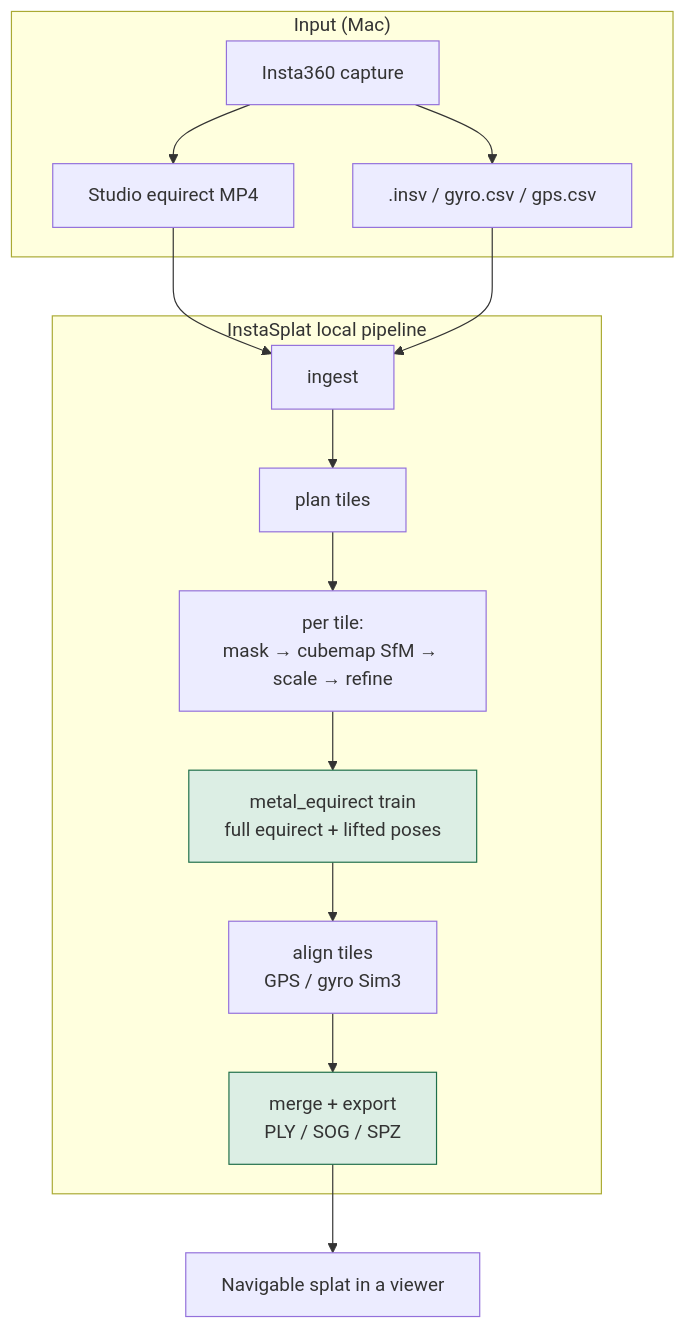
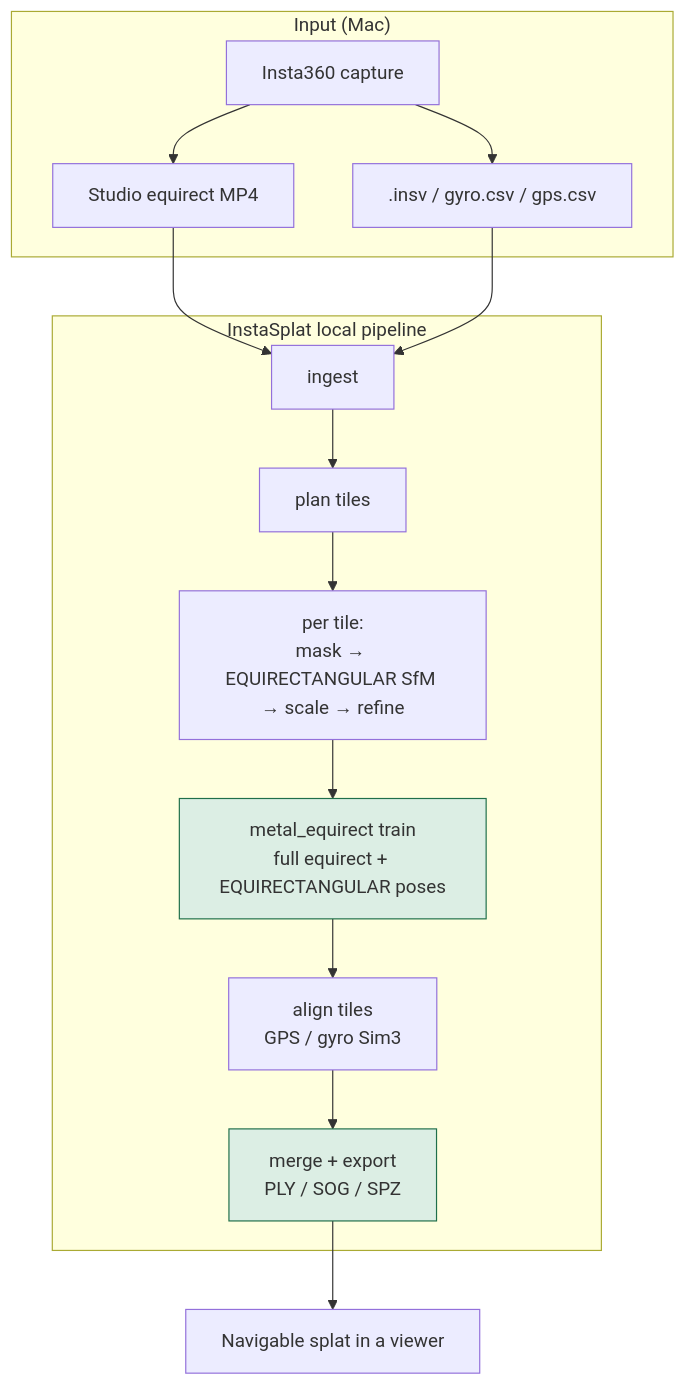
The diagram in docs/MAC_360_PIPELINE.md (Browens5/InstaSplat), drawn with Mermaid before and after one commit. The commit also changed other lines of this file and 23 other files, not shown here.

````diff
--- a/docs/MAC_360_PIPELINE.md
+++ b/docs/MAC_360_PIPELINE.md
@@ -63,22 +63,22 @@
 ```mermaid
 flowchart TB
   subgraph input ["Input (Mac)"]
     A["Insta360 capture"] --> B["Studio equirect MP4"]
     A --> C[".insv / gyro.csv / gps.csv"]
   end
 
   subgraph pipeline ["InstaSplat local pipeline"]
     B --> D["ingest"]
     C --> D
     D --> E["plan tiles"]
-    E --> F["per tile:\nmask → cubemap SfM → scale → refine"]
-    F --> G["metal_equirect train\nfull equirect + lifted poses"]
+    E --> F["per tile:\nmask → EQUIRECTANGULAR SfM → scale → refine"]
+    F --> G["metal_equirect train\nfull equirect + EQUIRECTANGULAR poses"]
     G --> H["align tiles\nGPS / gyro Sim3"]
     H --> I["merge + export\nPLY / SOG / SPZ"]
   end
 
   I --> J["Navigable splat in a viewer"]
 
   style G fill:#dceee4,stroke:#1f6f4a
   style I fill:#dceee4,stroke:#1f6f4a
 ```
````
